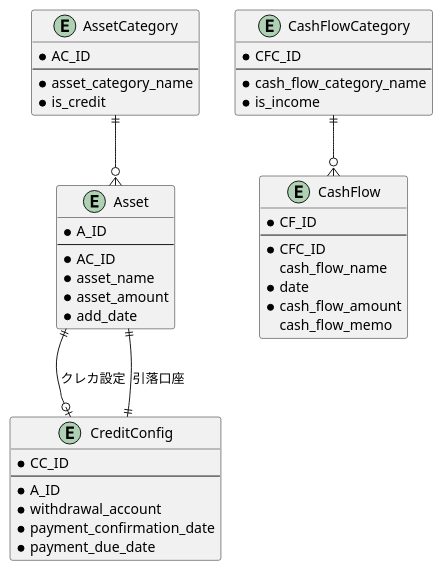
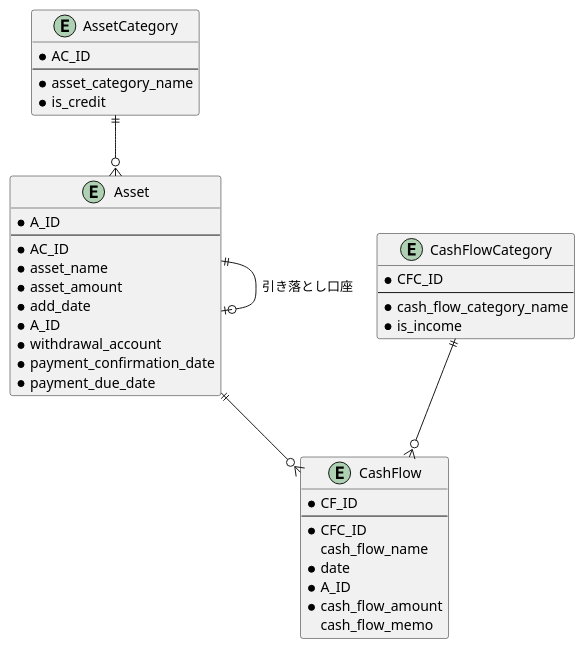
One commit to yuyuue/BudgetingWebApp changed the diagram in design/models.puml. Above: the diagram before and after it, drawn with PlantUML. The commit also changed 13 other files, not shown here.

```diff
--- a/design/models.puml
+++ b/design/models.puml
@@ -1,49 +1,45 @@
 @startuml models
 entity AssetCategory{
     * AC_ID
     --
     * asset_category_name
     * is_credit
 }
 
 entity Asset {
     * A_ID
     --
     * AC_ID
     * asset_name
     * asset_amount
     * add_date
-}
-
-entity CreditConfig{
-    * CC_ID
-    --
     * A_ID
     * withdrawal_account
     * payment_confirmation_date
     * payment_due_date
 }
 
 entity CashFlowCategory {
     * CFC_ID
     --
     * cash_flow_category_name
     * is_income
 }
 
 entity CashFlow {
     * CF_ID
     --
     * CFC_ID
     cash_flow_name
     * date
+    * A_ID
     * cash_flow_amount
     cash_flow_memo
 }
 
 AssetCategory ||--o{ Asset
-Asset ||--o| CreditConfig : クレカ設定
-CreditConfig ||--|| Asset : 引落口座
+Asset ||--o| Asset : 引き落とし口座
 CashFlowCategory ||--o{CashFlow
+Asset ||--o{CashFlow
 
 @enduml
```
